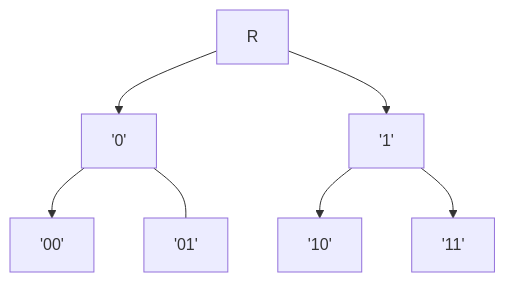
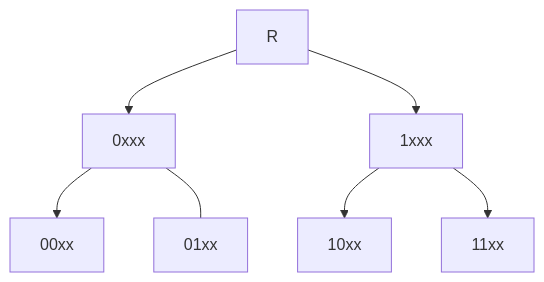
One commit to starkdg/hftrie changed the diagram in README.md. Above: the diagram before and after it, drawn with Mermaid.

Commit message:
readme fix

````diff
--- a/README.md
+++ b/README.md
@@ -17,9 +17,9 @@
 ```mermaid
 flowchart TD
-		  root[R] --> L['0']
-		  root[R] --> R['1']
-		  L --> LL['00']
-		  L --- RR['01']
-		  R --> LL_['10']
-		  R --> RR_['11']
+		  root[R] --> L[0xxx]
+		  root[R] --> R[1xxx]
+		  L --> LL[00xx]
+		  L --- RR[01xx]
+		  R --> LL_[10xx]
+		  R --> RR_[11xx]
 ```
````
